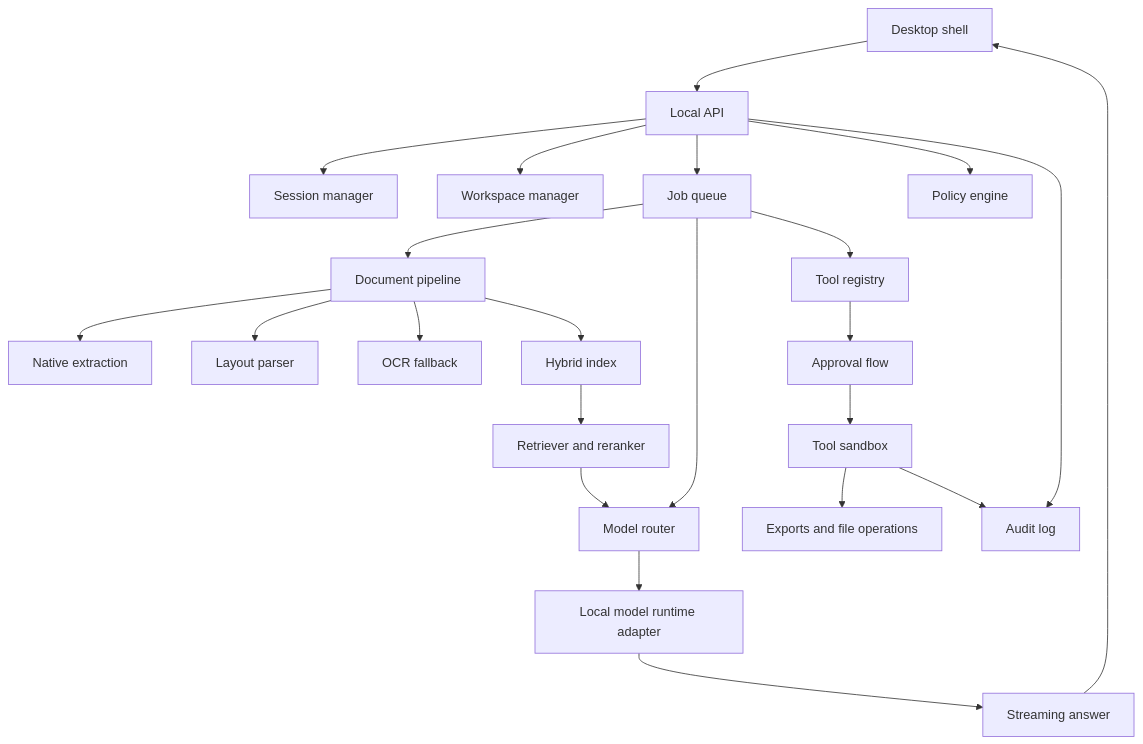
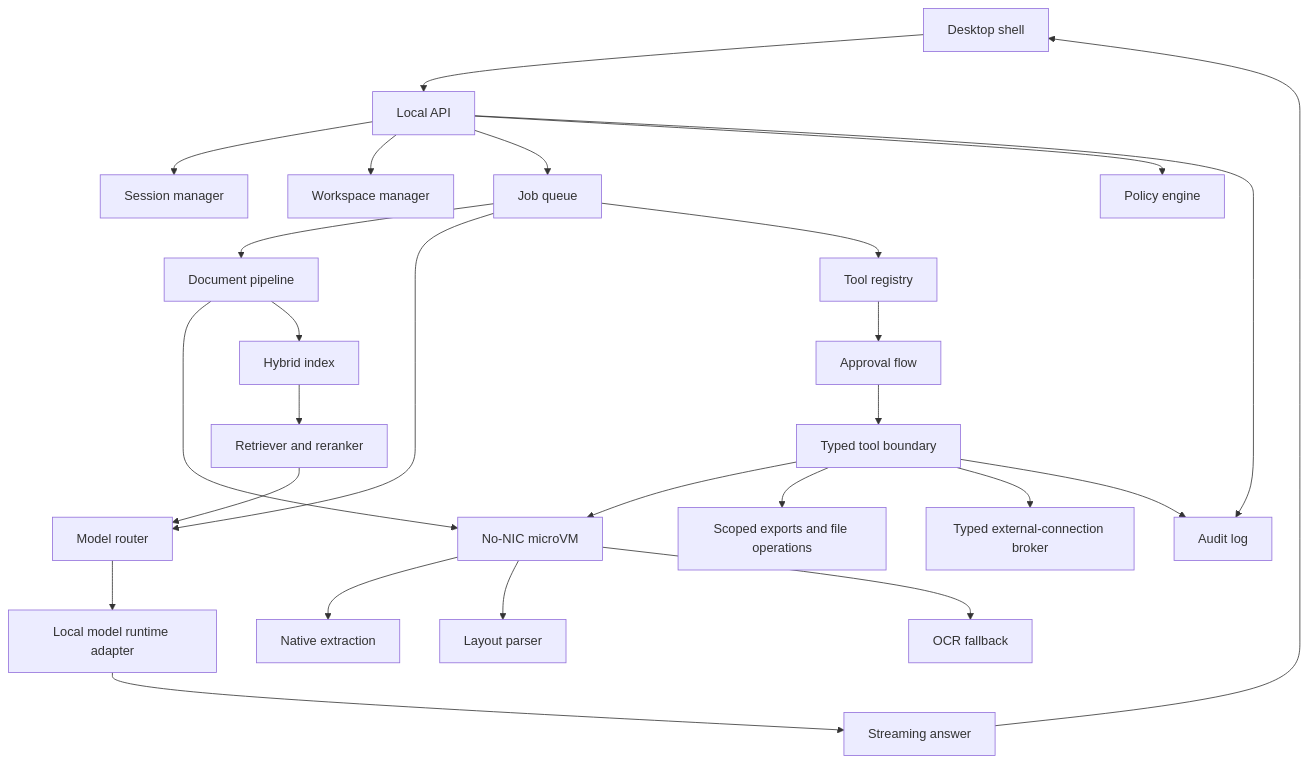
The diagram in docs/diagrams/desktop-architecture.md (alex-alecu/vault-desk), drawn with Mermaid before and after one commit. The commit also changed other lines of this file and 14 other files, not shown here.

Commit message:
docs: require no-NIC microVM sandbox

````diff
--- a/docs/diagrams/desktop-architecture.md
+++ b/docs/diagrams/desktop-architecture.md
@@ -5,30 +5,33 @@
 ```mermaid
 flowchart TD
     UI["Desktop shell"] --> API["Local API"]
     API --> Session["Session manager"]
     API --> Workspace["Workspace manager"]
     API --> Jobs["Job queue"]
     API --> Policy["Policy engine"]
     API --> Audit["Audit log"]
 
     Jobs --> Docs["Document pipeline"]
     Jobs --> Router["Model router"]
     Jobs --> Tools["Tool registry"]
 
-    Docs --> Extract["Native extraction"]
-    Docs --> Layout["Layout parser"]
-    Docs --> OCR["OCR fallback"]
+    Docs --> MicroVM["No-NIC microVM"]
+    MicroVM --> Extract["Native extraction"]
+    MicroVM --> Layout["Layout parser"]
+    MicroVM --> OCR["OCR fallback"]
     Docs --> Index["Hybrid index"]
 
     Index --> Retrieval["Retriever and reranker"]
     Retrieval --> Router
 
     Router --> Runtime["Local model runtime adapter"]
     Runtime --> Stream["Streaming answer"]
     Stream --> UI
 
     Tools --> Approval["Approval flow"]
-    Approval --> Sandbox["Tool sandbox"]
-    Sandbox --> Export["Exports and file operations"]
+    Approval --> Sandbox["Typed tool boundary"]
+    Sandbox --> MicroVM
+    Sandbox --> Export["Scoped exports and file operations"]
+    Sandbox --> NetworkBroker["Typed external-connection broker"]
     Sandbox --> Audit
 ```
````
